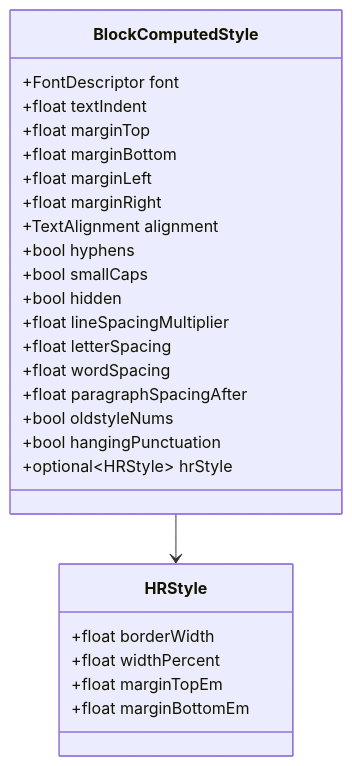
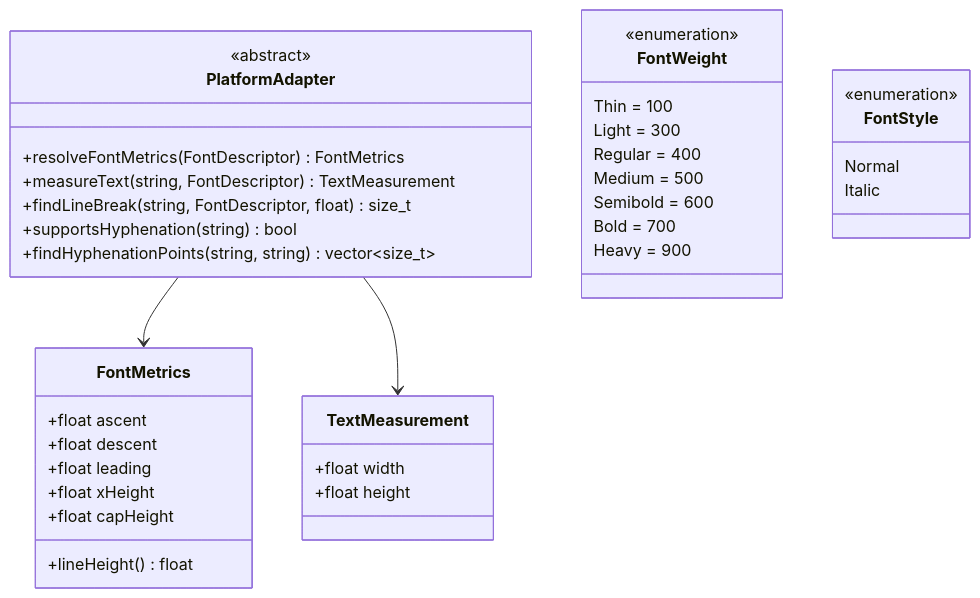
One commit to readmigo/typesetting changed the sixth of 13 diagrams in DESIGN.md. Above: the diagram before and after it, drawn with Mermaid. The commit also changed other lines of this file, not shown here.

````diff
--- a/DESIGN.md
+++ b/DESIGN.md
@@ -230,31 +403,45 @@
 ```mermaid
 classDiagram
-    class BlockComputedStyle {
-        +FontDescriptor font
-        +float textIndent
-        +float marginTop
-        +float marginBottom
-        +float marginLeft
-        +float marginRight
-        +TextAlignment alignment
-        +bool hyphens
-        +bool smallCaps
-        +bool hidden
-        +float lineSpacingMultiplier
-        +float letterSpacing
-        +float wordSpacing
-        +float paragraphSpacingAfter
-        +bool oldstyleNums
-        +bool hangingPunctuation
-        +optional~HRStyle~ hrStyle
+    class PlatformAdapter {
+        <<abstract>>
+        +resolveFontMetrics(FontDescriptor) FontMetrics
+        +measureText(string, FontDescriptor) TextMeasurement
+        +findLineBreak(string, FontDescriptor, float) size_t
+        +supportsHyphenation(string) bool
+        +findHyphenationPoints(string, string) vector~size_t~
     }
 
-    class HRStyle {
-        +float borderWidth
-        +float widthPercent
-        +float marginTopEm
-        +float marginBottomEm
+    class FontMetrics {
+        +float ascent
+        +float descent
+        +float leading
+        +float xHeight
+        +float capHeight
+        +lineHeight() float
     }
 
-    BlockComputedStyle --> HRStyle
+    class TextMeasurement {
+        +float width
+        +float height
+    }
+
+    class FontWeight {
+        <<enumeration>>
+        Thin = 100
+        Light = 300
+        Regular = 400
+        Medium = 500
+        Semibold = 600
+        Bold = 700
+        Heavy = 900
+    }
+
+    class FontStyle {
+        <<enumeration>>
+        Normal
+        Italic
+    }
+
+    PlatformAdapter --> FontMetrics
+    PlatformAdapter --> TextMeasurement
 ```
````
